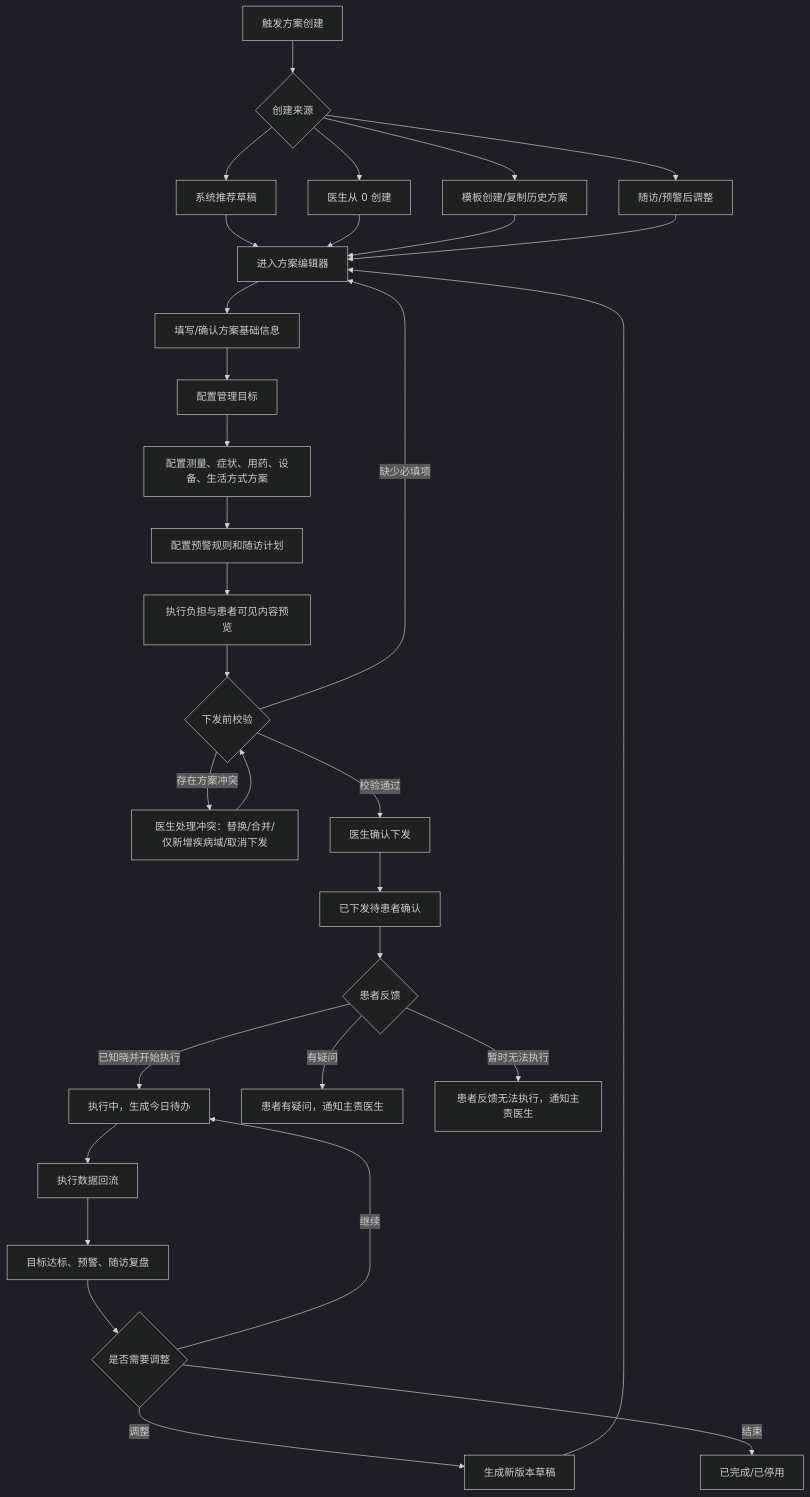
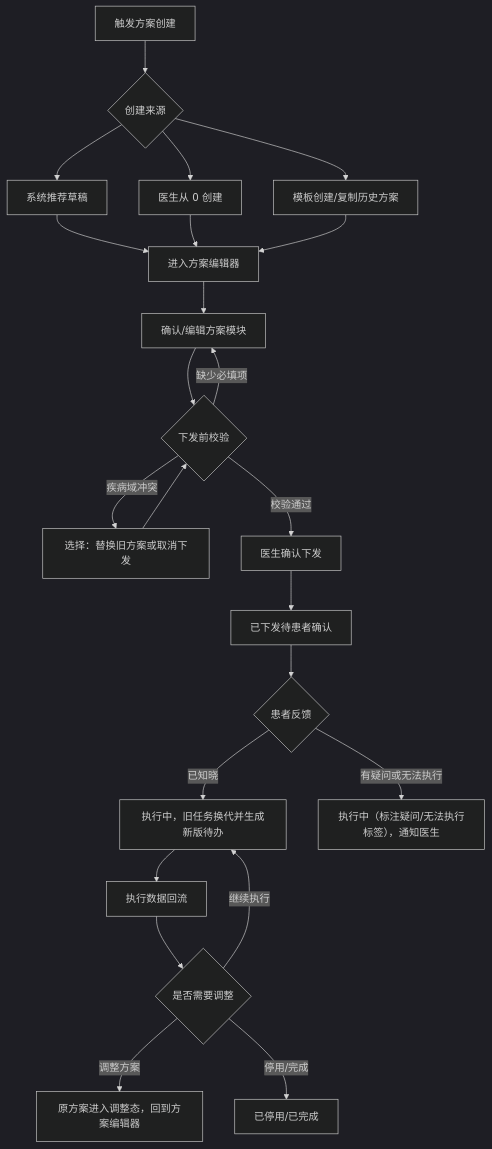
Before and after one commit to supersuperman666/twin: the fourth of 7 diagrams in docs/医生PC端PRD.md, drawn with Mermaid (dark theme). The commit also changed other lines of this file and 3 other files, not shown here.

````diff
--- a/docs/医生PC端PRD.md
+++ b/docs/医生PC端PRD.md
@@ -1295,39 +1308,30 @@
 ```mermaid
 flowchart TD
   A["触发方案创建"] --> B{"创建来源"}
   B --> B1["系统推荐草稿"]
   B --> B2["医生从 0 创建"]
   B --> B3["模板创建/复制历史方案"]
-  B --> B4["随访/预警后调整"]
 
   B1 --> C["进入方案编辑器"]
   B2 --> C
   B3 --> C
-  B4 --> C
 
-  C --> D["填写/确认方案基础信息"]
-  D --> E["配置管理目标"]
-  E --> F["配置测量、症状、用药、设备、生活方式方案"]
-  F --> G["配置预警规则和随访计划"]
-  G --> H["执行负担与患者可见内容预览"]
-  H --> I{"下发前校验"}
+  C --> D["确认/编辑方案模块"]
+  D --> E{"下发前校验"}
 
-  I -->|缺少必填项| C
-  I -->|存在方案冲突| J["医生处理冲突：替换/合并/仅新增疾病域/取消下发"]
-  J --> I
-  I -->|校验通过| K["医生确认下发"]
+  E -->|缺少必填项| D
+  E -->|疾病域冲突| F["选择：替换旧方案或取消下发"]
+  F --> E
+  E -->|校验通过| G["医生确认下发"]
 
-  K --> L["已下发待患者确认"]
-  L --> M{"患者反馈"}
-  M -->|已知晓并开始执行| N["执行中，生成今日待办"]
-  M -->|有疑问| O["患者有疑问，通知主责医生"]
-  M -->|暂时无法执行| P["患者反馈无法执行，通知主责医生"]
+  G --> H["已下发待患者确认"]
+  H --> I{"患者反馈"}
+  I -->|已知晓| J["执行中，旧任务换代并生成新版待办"]
+  I -->|有疑问或无法执行| J2["执行中（标注疑问/无法执行标签），通知医生"]
 
-  N --> Q["执行数据回流"]
-  Q --> R["目标达标、预警、随访复盘"]
-  R --> S{"是否需要调整"}
-  S -->|继续| N
-  S -->|调整| T["生成新版本草稿"]
-  S -->|结束| U["已完成/已停用"]
-  T --> C
+  J --> K["执行数据回流"]
+  K --> L{"是否需要调整"}
+  L -->|继续执行| J
+  L -->|调整方案| C2["原方案进入调整态，回到方案编辑器"]
+  L -->|停用/完成| M["已停用/已完成"]
 ```
````
